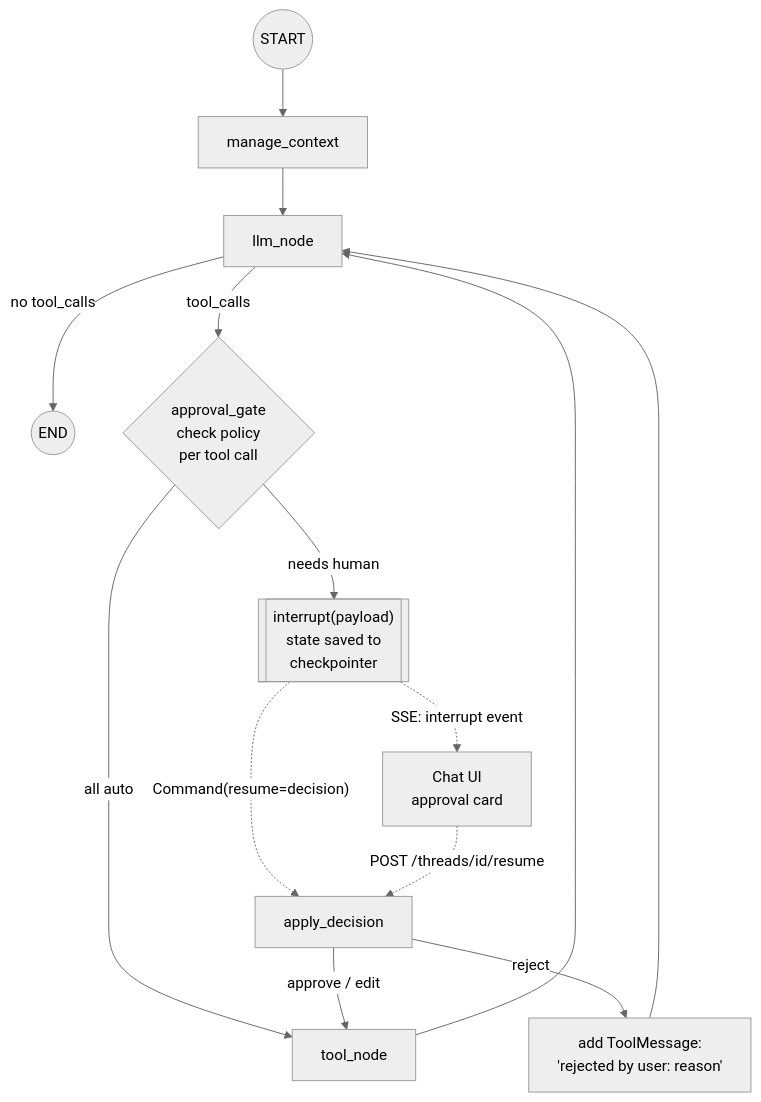
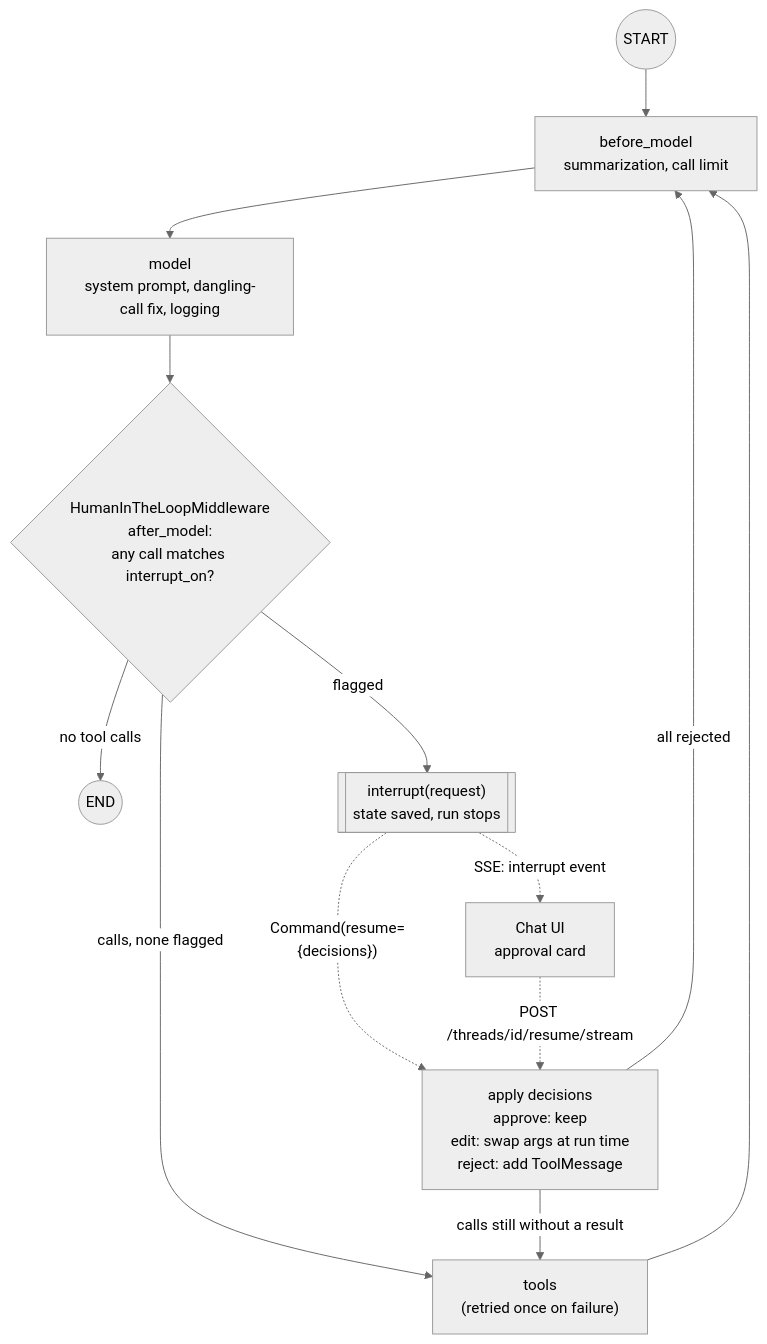
The first of 4 diagrams in docs/phase-4-human-in-the-loop.md (Anirudh1905/agentic-ai-chatbot), drawn with Mermaid (neutral theme) before and after one commit. The commit also changed other lines of this file and 37 other files, not shown here.

````diff
--- a/docs/phase-4-human-in-the-loop.md
+++ b/docs/phase-4-human-in-the-loop.md
@@ -29,17 +61,16 @@
 ```mermaid
 flowchart TB
-    START((START)) --> Ctx[manage_context]
-    Ctx --> LLM[llm_node]
-    LLM -->|no tool_calls| END((END))
-    LLM -->|tool_calls| Gate{approval_gate<br/>check policy<br/>per tool call}
-    Gate -->|all auto| Tools[tool_node]
-    Gate -->|needs human| Int[["interrupt(payload)<br/>state saved to<br/>checkpointer"]]
-    Int -.->|"Command(resume=decision)"| Apply[apply_decision]
-    Apply -->|approve / edit| Tools
-    Apply -->|reject| Reject[add ToolMessage:<br/>'rejected by user: reason']
-    Reject --> LLM
-    Tools --> LLM
+    START((START)) --> Before["before_model<br/>summarization, call limit"]
+    Before --> Model["model<br/>system prompt, dangling-call fix, logging"]
+    Model --> HITL{"HumanInTheLoopMiddleware<br/>after_model:<br/>any call matches interrupt_on?"}
+    HITL -->|no tool calls| END((END))
+    HITL -->|"calls, none flagged"| Tools["tools<br/>(retried once on failure)"]
+    HITL -->|flagged| Int[["interrupt(request)<br/>state saved, run stops"]]
+    Int -.->|"Command(resume={decisions})"| Apply["apply decisions<br/>approve: keep<br/>edit: swap args at run time<br/>reject: add ToolMessage"]
+    Apply -->|calls still without a result| Tools
+    Apply -->|all rejected| Before
+    Tools --> Before
 
     Int -.SSE: interrupt event.-> UI[Chat UI<br/>approval card]
-    UI -.POST /threads/id/resume.-> Apply
+    UI -.POST /threads/id/resume/stream.-> Apply
 ```
````
